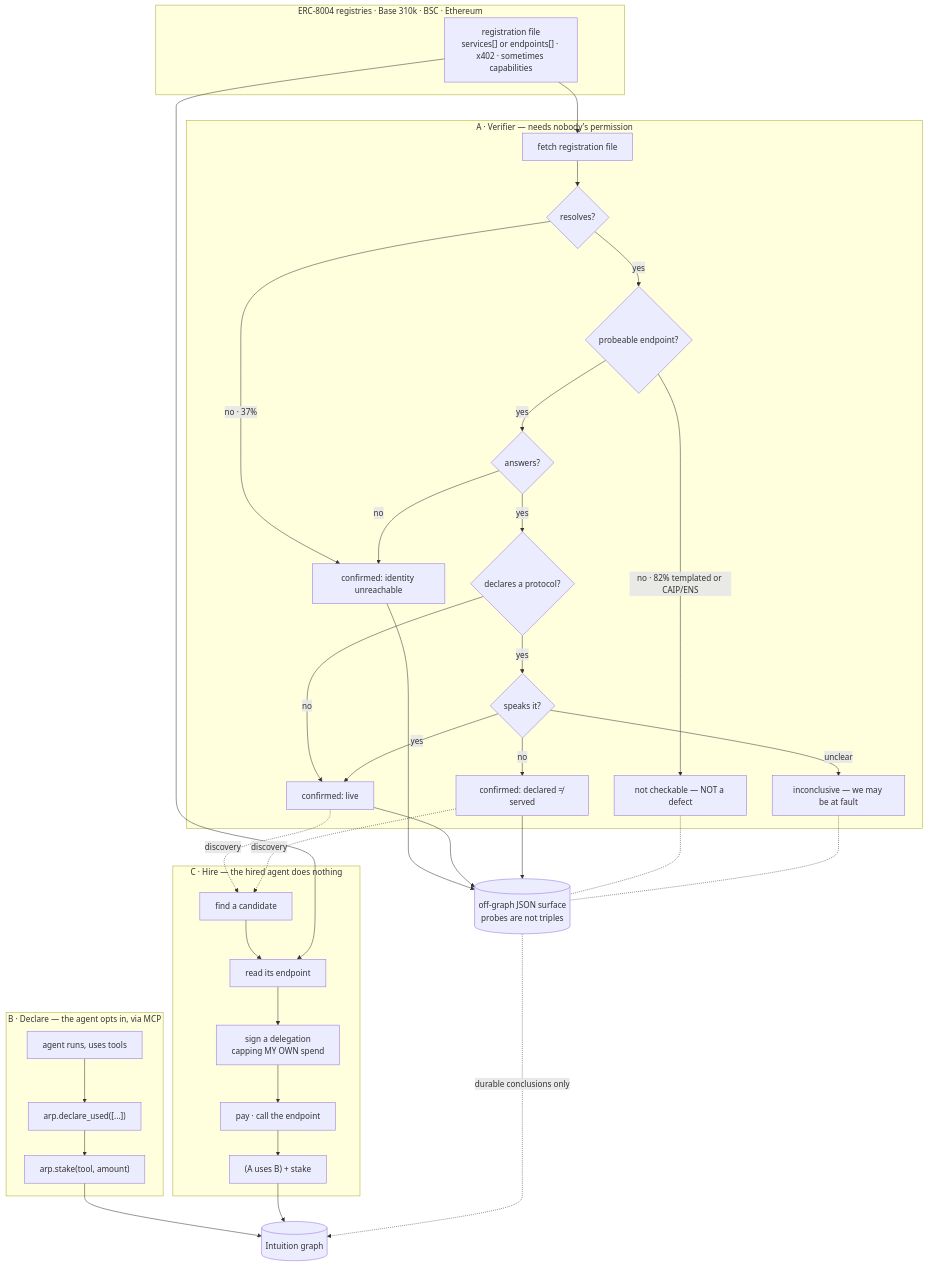
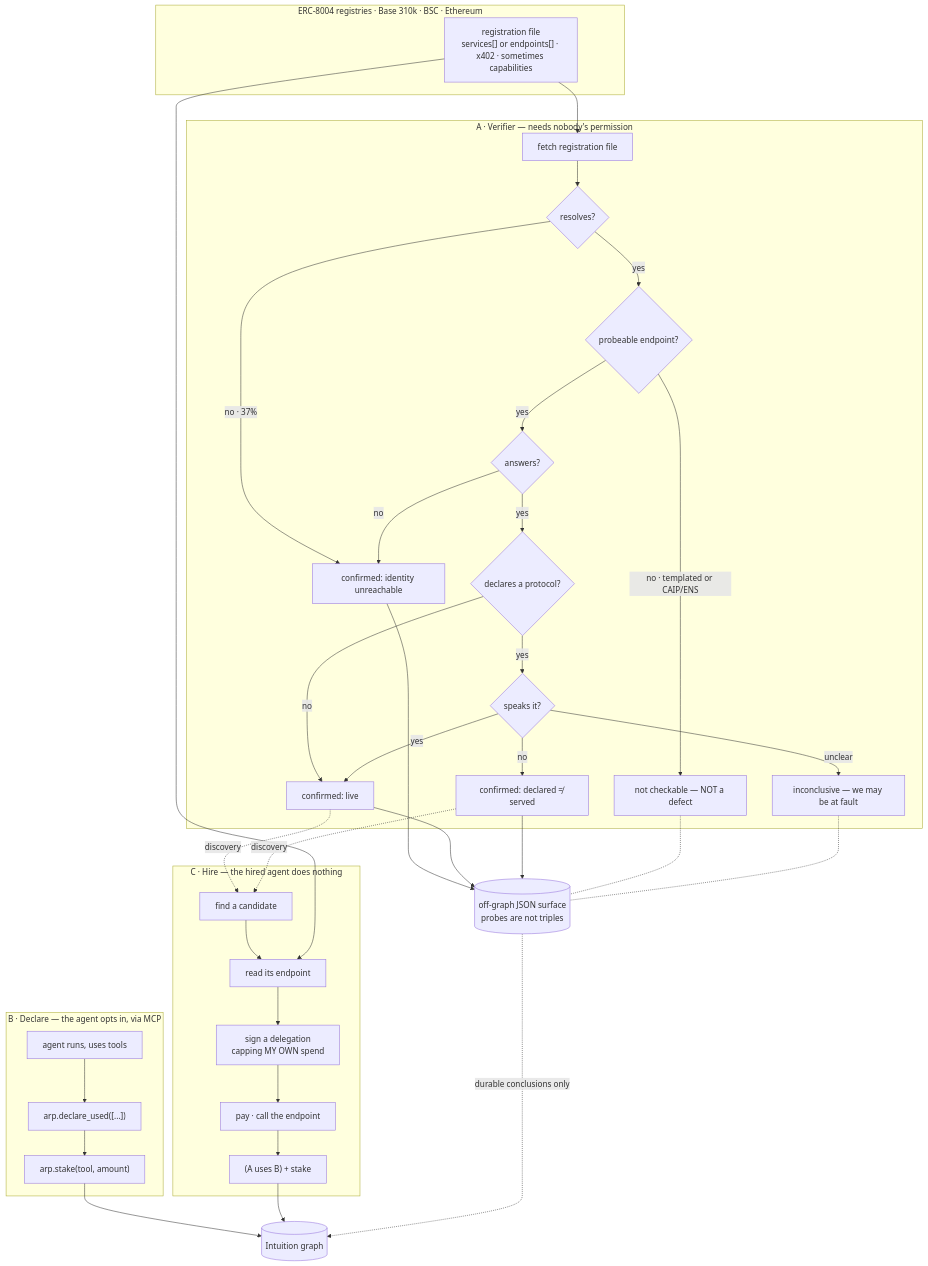
The diagram in docs/13_THE_THREE_FLOWS.md (Wieedze/ARP), drawn with Mermaid before and after one commit. The commit also changed other lines of this file and 19 other files, not shown here.

````diff
--- a/docs/13_THE_THREE_FLOWS.md
+++ b/docs/13_THE_THREE_FLOWS.md
@@ -10,47 +10,47 @@
 ```mermaid
 flowchart TB
     subgraph REG["ERC-8004 registries · Base 310k · BSC · Ethereum"]
         RF["registration file<br/>services[] or endpoints[] · x402 · sometimes capabilities"]
     end
 
     subgraph A["A · Verifier — needs nobody's permission"]
         A1["fetch registration file"] --> A0{"resolves?"}
         A0 -->|"no · 37%"| A4["confirmed: identity unreachable"]
         A0 -->|yes| A2{"probeable endpoint?"}
-        A2 -->|"no · 82% templated or CAIP/ENS"| A8["not checkable — NOT a defect"]
+        A2 -->|"no · templated or CAIP/ENS"| A8["not checkable — NOT a defect"]
         A2 -->|yes| A3{"answers?"}
         A3 -->|no| A4
         A3 -->|yes| A5{"declares a protocol?"}
         A5 -->|no| A7["confirmed: live"]
         A5 -->|yes| A6{"speaks it?"}
         A6 -->|no| A9["confirmed: declared ≠ served"]
         A6 -->|unclear| A10["inconclusive — we may be at fault"]
         A6 -->|yes| A7
     end
 
     subgraph B["B · Declare — the agent opts in, via MCP"]
         B1["agent runs, uses tools"] --> B2["arp.declare_used([...])"]
         B2 --> B3["arp.stake(tool, amount)"]
     end
 
     subgraph C["C · Hire — the hired agent does nothing"]
         C1["find a candidate"] --> C2["read its endpoint"]
         C2 --> C3["sign a delegation<br/>capping MY OWN spend"]
         C3 --> C4["pay · call the endpoint"]
         C4 --> C5["(A uses B) + stake"]
     end
 
     RF --> A1
     RF --> C2
     A7 -.discovery.-> C1
     A9 -.discovery.-> C1
 
     A4 --> R[("off-graph JSON surface<br/>probes are not triples")]
     A7 --> R
     A9 --> R
     A8 -.- R
     A10 -.- R
     B3 --> G[("Intuition graph")]
     C5 --> G
     R -.durable conclusions only.-> G
 ```
````
